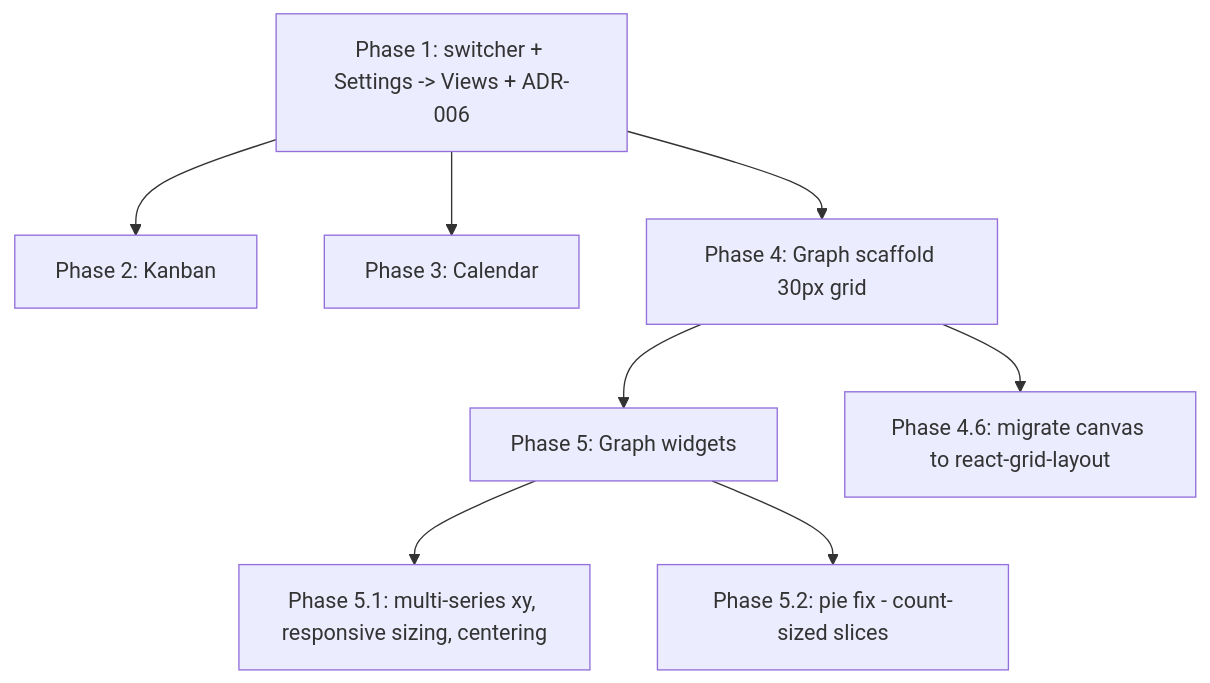
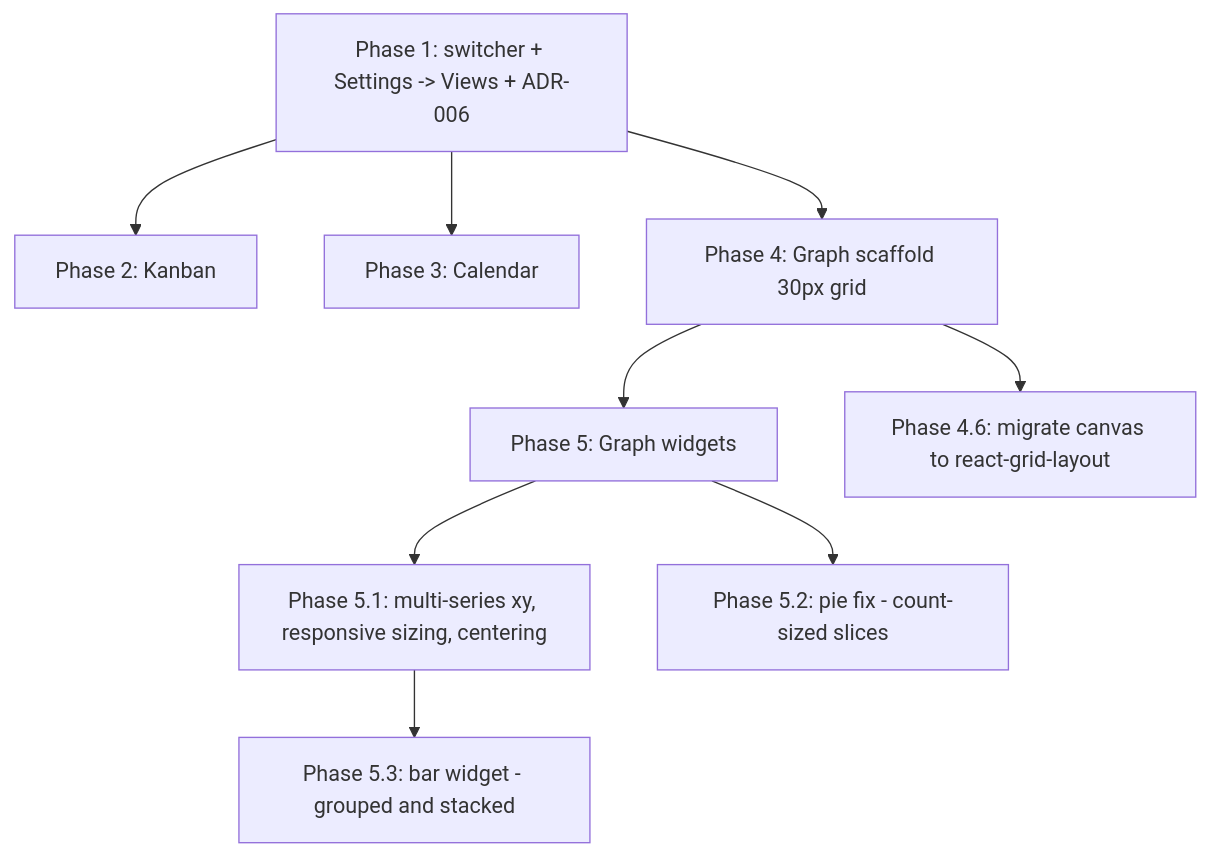
Before and after one commit to noiia/EERP: the second of 2 diagrams in docs/roadmaps/list-view-modes.md, drawn with Mermaid. The commit also changed other lines of this file and 10 other files, not shown here.

First line of the commit message:
feat(graph): add bar chart widget with grouped and stacked modes

````diff
--- a/docs/roadmaps/list-view-modes.md
+++ b/docs/roadmaps/list-view-modes.md
@@ -654,10 +690,11 @@
 ```mermaid
 flowchart TD
     P1[Phase 1: switcher + Settings -> Views + ADR-006] --> P2[Phase 2: Kanban]
     P1 --> P3[Phase 3: Calendar]
     P1 --> P4[Phase 4: Graph scaffold 30px grid]
     P4 --> P5[Phase 5: Graph widgets]
     P4 --> P46[Phase 4.6: migrate canvas to react-grid-layout]
     P5 --> P51[Phase 5.1: multi-series xy, responsive sizing, centering]
     P5 --> P52[Phase 5.2: pie fix - count-sized slices]
+    P51 --> P53[Phase 5.3: bar widget - grouped and stacked]
 ```
````
